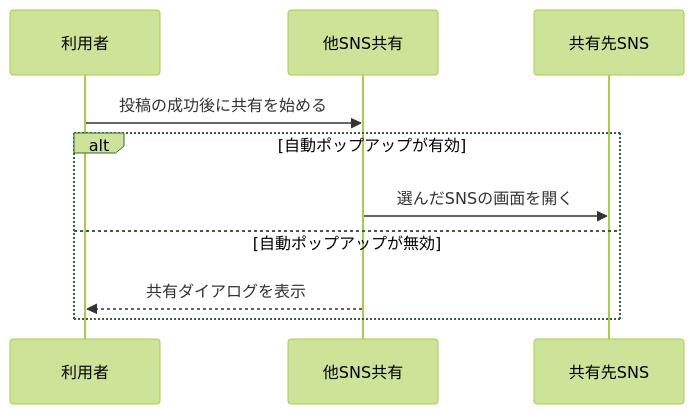
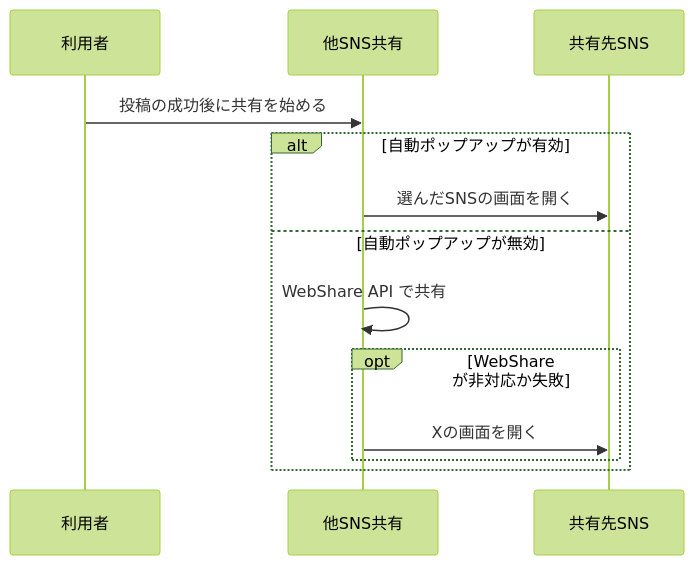
The fifth of 5 diagrams in docs/architecture/common-ui.md (nekono-dev/skyshare), drawn with Mermaid (forest theme) before and after one commit. The commit also changed other lines of this file and 4 other files, not shown here.

Commit message:
architecture に WebShare・候補取得・画像CDN・ゲスト表示などの漏れを追記

````diff
--- a/docs/architecture/common-ui.md
+++ b/docs/architecture/common-ui.md
@@ -101,12 +101,15 @@
 ```mermaid
 sequenceDiagram
   participant ext_user as 利用者
   participant share as 他SNS共有
   participant ext_sns as 共有先SNS
   ext_user->>share: 投稿の成功後に共有を始める
   alt 自動ポップアップが有効
     share->>ext_sns: 選んだSNSの画面を開く
   else 自動ポップアップが無効
-    share-->>ext_user: 共有ダイアログを表示
+    share->>share: WebShare API で共有
+    opt WebShare が非対応か失敗
+      share->>ext_sns: Xの画面を開く
+    end
   end
 ```
````
